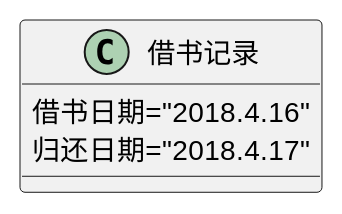
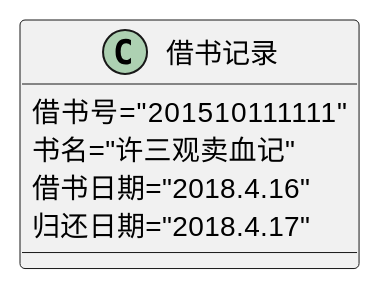
One commit to yuhang456/is_analysis changed the sixth of 8 diagrams in test3/README.md. Above: the diagram before and after it, drawn with PlantUML. The commit also changed other lines of this file and 18 other files, not shown here.

```diff
--- a/test3/README.md
+++ b/test3/README.md
@@ -150,6 +156,8 @@
     @startuml
     Class 借书记录{
+    借书号="201510111111"
+    书名="许三观卖血记"
     借书日期="2018.4.16"
     归还日期="2018.4.17"
     }
     @enduml
```
